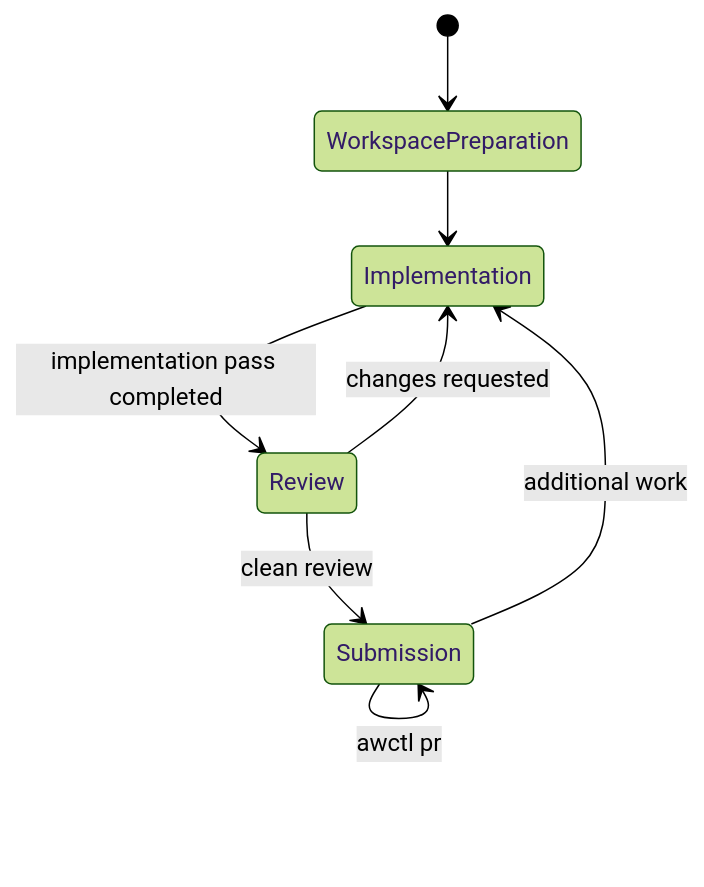
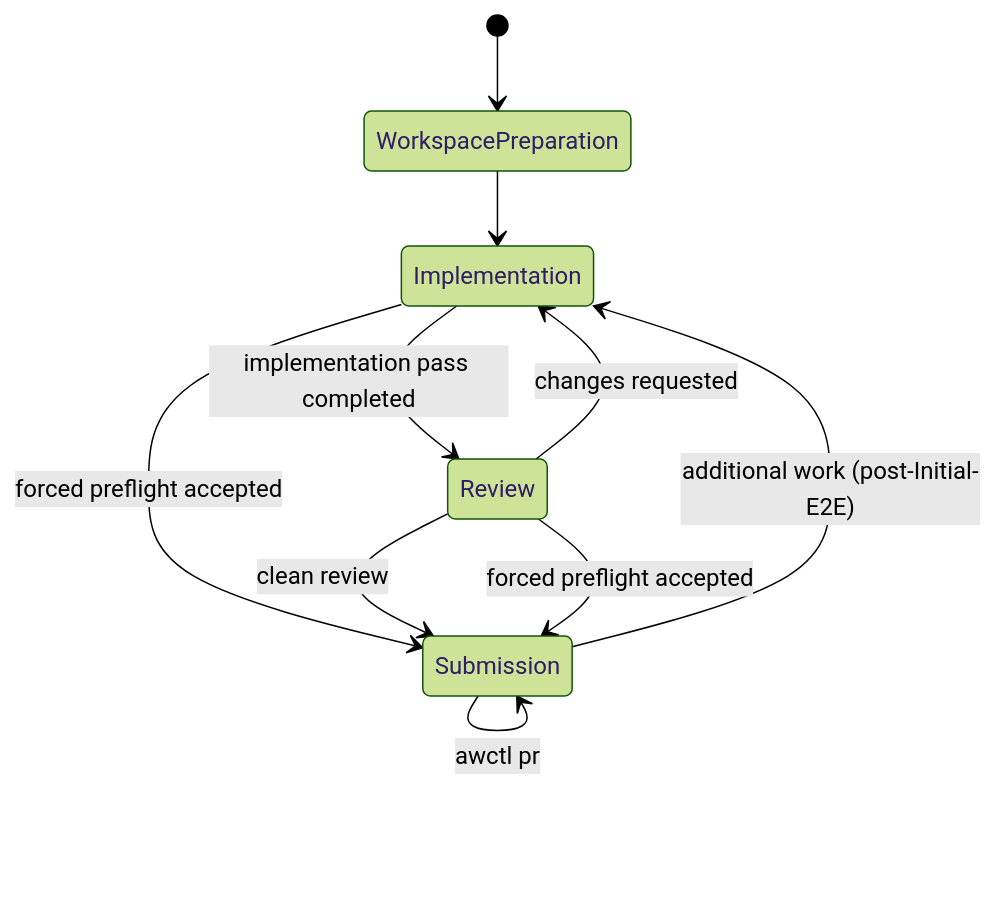
One commit to mitjasiska/agentic-workflows changed the second of 2 diagrams in architecture.md. Above: the diagram before and after it, drawn with Mermaid (forest theme). The commit also changed other lines of this file and 12 other files, not shown here.

Commit message:
docs: finalize Initial E2E architecture readiness (DEV-119)

````diff
--- a/architecture.md
+++ b/architecture.md
@@ -463,10 +463,12 @@
 ```mermaid
 stateDiagram-v2
     [*] --> WorkspacePreparation
     WorkspacePreparation --> Implementation
     Implementation --> Review: implementation pass completed
+    Implementation --> Submission: forced preflight accepted
     Review --> Implementation: changes requested
     Review --> Submission: clean review
+    Review --> Submission: forced preflight accepted
     Submission --> Submission: awctl pr
-    Submission --> Implementation: additional work
+    Submission --> Implementation: additional work (post-Initial-E2E)
 ```
````
